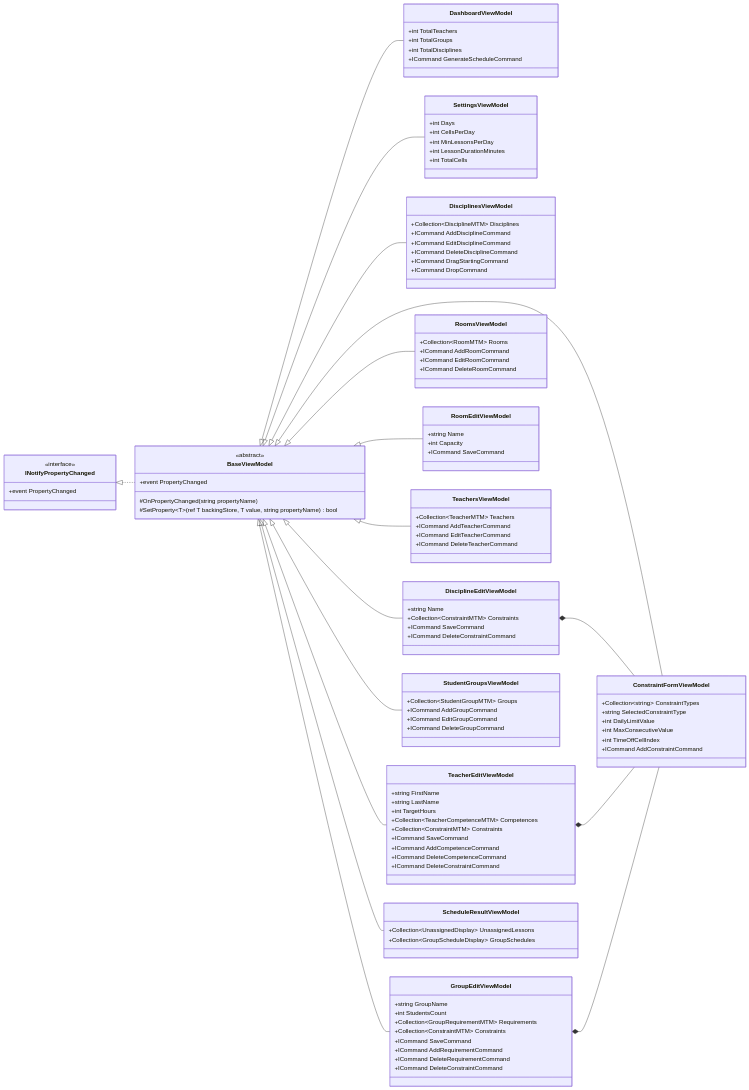
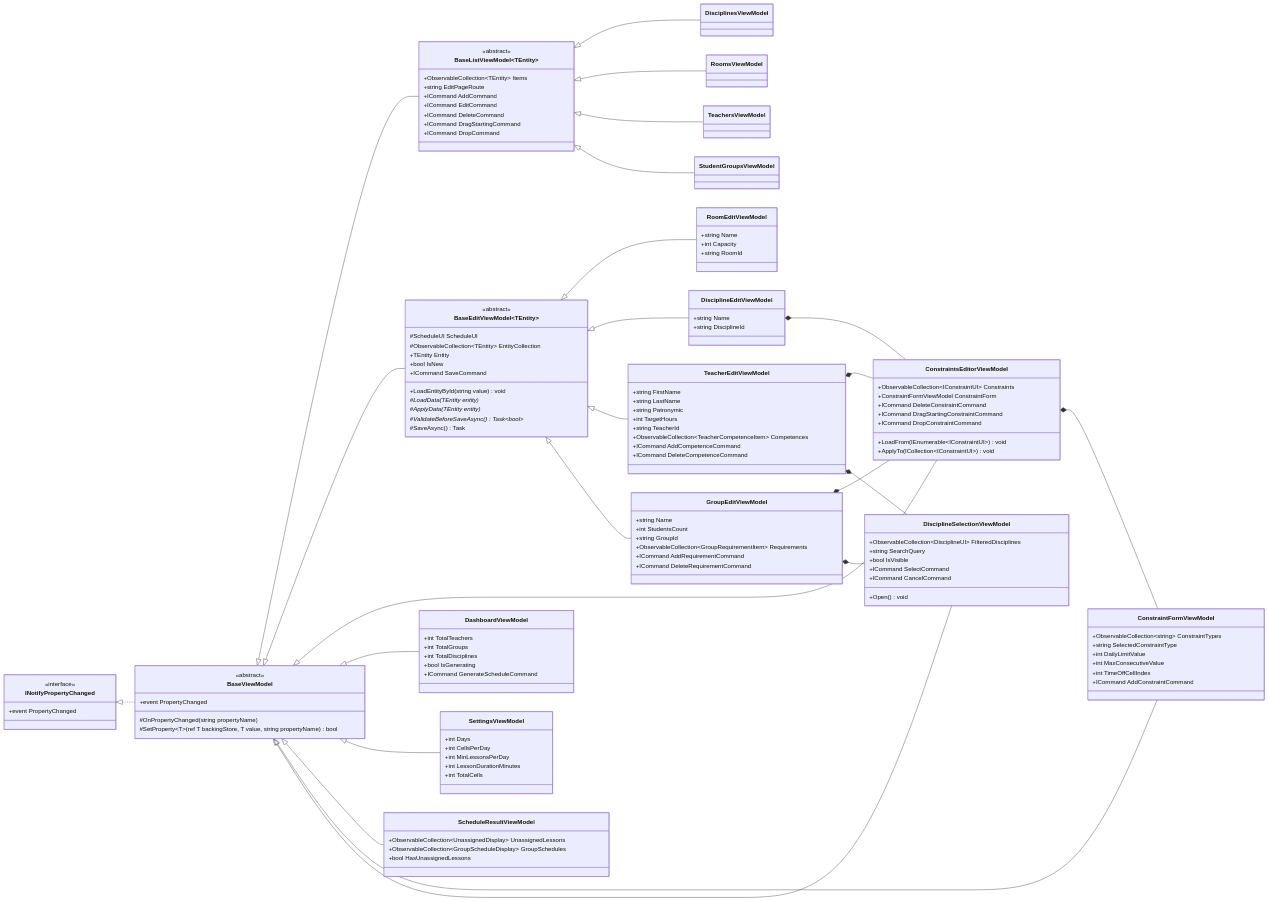
The sixth of 6 diagrams in README.md (WDYT32/Lab1MAUI), drawn with Mermaid before and after one commit. The commit also changed other lines of this file and 105 other files, not shown here.

````diff
--- a/README.md
+++ b/README.md
@@ -428,10 +477,46 @@
         #SetProperty~T~(ref T backingStore, T value, string propertyName) bool
     }
 
+    class BaseListViewModel~TEntity~ {
+        <<abstract>>
+        +ObservableCollection~TEntity~ Items
+        +string EditPageRoute
+        +ICommand AddCommand
+        +ICommand EditCommand
+        +ICommand DeleteCommand
+        +ICommand DragStartingCommand
+        +ICommand DropCommand
+    }
+
+    class BaseEditViewModel~TEntity~ {
+        <<abstract>>
+        #ScheduleUI ScheduleUI
+        #ObservableCollection~TEntity~ EntityCollection
+        +TEntity Entity
+        +bool IsNew
+        +ICommand SaveCommand
+        +LoadEntityById(string value) void
+        #LoadData(TEntity entity)*
+        #ApplyData(TEntity entity)*
+        #ValidateBeforeSaveAsync()* Task~bool~
+        #SaveAsync() Task
+    }
+
+    class ConstraintsEditorViewModel {
+        +ObservableCollection~IConstraintUI~ Constraints
+        +ConstraintFormViewModel ConstraintForm
+        +ICommand DeleteConstraintCommand
+        +ICommand DragStartingConstraintCommand
+        +ICommand DropConstraintCommand
+        +LoadFrom(IEnumerable~IConstraintUI~) void
+        +ApplyTo(ICollection~IConstraintUI~) void
+    }
+
     class DashboardViewModel {
         +int TotalTeachers
         +int TotalGroups
         +int TotalDisciplines
+        +bool IsGenerating
         +ICommand GenerateScheduleCommand
     }
     
@@ -443,74 +528,56 @@
         +int TotalCells
     }
     
-    class DisciplinesViewModel {
-        +Collection~DisciplineMTM~ Disciplines
-        +ICommand AddDisciplineCommand
-        +ICommand EditDisciplineCommand
-        +ICommand DeleteDisciplineCommand
-        +ICommand DragStartingCommand
-        +ICommand DropCommand
-    }
+    class DisciplinesViewModel
     
     class DisciplineEditViewModel {
         +string Name
-        +Collection~ConstraintMTM~ Constraints
-        +ICommand SaveCommand
-        +ICommand DeleteConstraintCommand
+        +string DisciplineId
     }
 
-    class RoomsViewModel {
-        +Collection~RoomMTM~ Rooms
-        +ICommand AddRoomCommand
-        +ICommand EditRoomCommand
-        +ICommand DeleteRoomCommand
-    }
+    class RoomsViewModel
     
     class RoomEditViewModel {
         +string Name
         +int Capacity
-        +ICommand SaveCommand
+        +string RoomId
     }
 
-    class TeachersViewModel {
-        +Collection~TeacherMTM~ Teachers
-        +ICommand AddTeacherCommand
-        +ICommand EditTeacherCommand
-        +ICommand DeleteTeacherCommand
-    }
+    class TeachersViewModel
     
     class TeacherEditViewModel {
         +string FirstName
         +string LastName
+        +string Patronymic
         +int TargetHours
-        +Collection~TeacherCompetenceMTM~ Competences
-        +Collection~ConstraintMTM~ Constraints
-        +ICommand SaveCommand
+        +string TeacherId
+        +ObservableCollection~TeacherCompetenceItem~ Competences
         +ICommand AddCompetenceCommand
         +ICommand DeleteCompetenceCommand
-        +ICommand DeleteConstraintCommand
     }
 
-    class StudentGroupsViewModel {
-        +Collection~StudentGroupMTM~ Groups
-        +ICommand AddGroupCommand
-        +ICommand EditGroupCommand
-        +ICommand DeleteGroupCommand
-    }
+    class StudentGroupsViewModel
     
     class GroupEditViewModel {
-        +string GroupName
+        +string Name
         +int StudentsCount
-        +Collection~GroupRequirementMTM~ Requirements
-        +Collection~ConstraintMTM~ Constraints
-        +ICommand SaveCommand
+        +string GroupId
+        +ObservableCollection~GroupRequirementItem~ Requirements
         +ICommand AddRequirementCommand
         +ICommand DeleteRequirementCommand
-        +ICommand DeleteConstraintCommand
+    }
+
+    class DisciplineSelectionViewModel {
+        +ObservableCollection~DisciplineUI~ FilteredDisciplines
+        +string SearchQuery
+        +bool IsVisible
+        +ICommand SelectCommand
+        +ICommand CancelCommand
+        +Open() void
     }
 
     class ConstraintFormViewModel {
-        +Collection~string~ ConstraintTypes
+        +ObservableCollection~string~ ConstraintTypes
         +string SelectedConstraintType
         +int DailyLimitValue
         +int MaxConsecutiveValue
@@ -519,27 +586,39 @@
     }
 
     class ScheduleResultViewModel {
-        +Collection~UnassignedDisplay~ UnassignedLessons
-        +Collection~GroupScheduleDisplay~ GroupSchedules
+        +ObservableCollection~UnassignedDisplay~ UnassignedLessons
+        +ObservableCollection~GroupScheduleDisplay~ GroupSchedules
+        +bool HasUnassignedLessons
     }
 
     %% Наслідування від BaseViewModel
     INotifyPropertyChanged <|.. BaseViewModel
+    BaseViewModel <|-- BaseListViewModel
+    BaseViewModel <|-- BaseEditViewModel
+    BaseViewModel <|-- ConstraintsEditorViewModel
     BaseViewModel <|-- DashboardViewModel
     BaseViewModel <|-- SettingsViewModel
-    BaseViewModel <|-- DisciplinesViewModel
-    BaseViewModel <|-- DisciplineEditViewModel
-    BaseViewModel <|-- RoomsViewModel
-    BaseViewModel <|-- RoomEditViewModel
-    BaseViewModel <|-- TeachersViewModel
-    BaseViewModel <|-- TeacherEditViewModel
-    BaseViewModel <|-- StudentGroupsViewModel
-    BaseViewModel <|-- GroupEditViewModel
     BaseViewModel <|-- ScheduleResultViewModel
     BaseViewModel <|-- ConstraintFormViewModel
+    BaseViewModel <|-- DisciplineSelectionViewModel
+
+    %% Наслідування спискових моделей
+    BaseListViewModel <|-- DisciplinesViewModel
+    BaseListViewModel <|-- RoomsViewModel
+    BaseListViewModel <|-- TeachersViewModel
+    BaseListViewModel <|-- StudentGroupsViewModel
+
+    %% Наслідування форм редагування
+    BaseEditViewModel <|-- RoomEditViewModel
+    BaseEditViewModel <|-- DisciplineEditViewModel
+    BaseEditViewModel <|-- TeacherEditViewModel
+    BaseEditViewModel <|-- GroupEditViewModel
     
     %% Композиція (дочірні ViewModels)
-    DisciplineEditViewModel *-- ConstraintFormViewModel
-    TeacherEditViewModel *-- ConstraintFormViewModel
-    GroupEditViewModel *-- ConstraintFormViewModel
+    DisciplineEditViewModel *-- ConstraintsEditorViewModel
+    TeacherEditViewModel *-- ConstraintsEditorViewModel
+    GroupEditViewModel *-- ConstraintsEditorViewModel
+    ConstraintsEditorViewModel *-- ConstraintFormViewModel
+    TeacherEditViewModel *-- DisciplineSelectionViewModel
+    GroupEditViewModel *-- DisciplineSelectionViewModel
 ```
````
